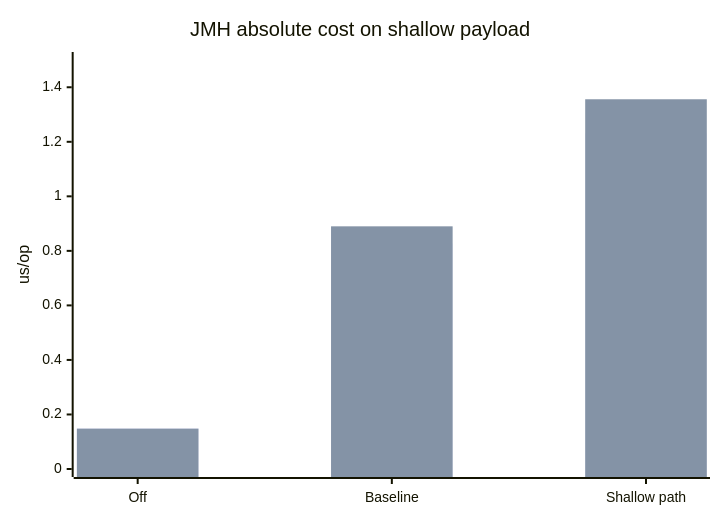
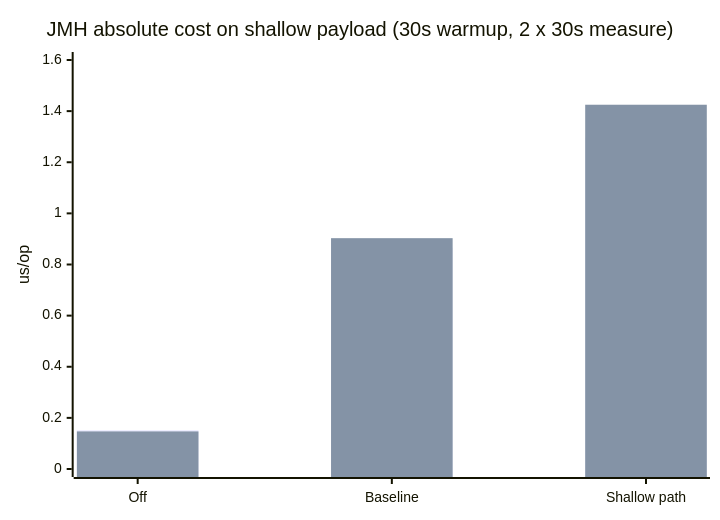
Before and after one commit to hectorad/bean-validation: the second of 3 diagrams in complete/docs/extensions-validator-benchmark-report.md, drawn with Mermaid. The commit also changed other lines of this file and 4 other files, not shown here.

````diff
--- a/complete/docs/extensions-validator-benchmark-report.md
+++ b/complete/docs/extensions-validator-benchmark-report.md
@@ -44,8 +50,8 @@
 ```mermaid
 xychart-beta
-    title "JMH absolute cost on shallow payload"
+    title "JMH absolute cost on shallow payload (30s warmup, 2 x 30s measure)"
     x-axis ["Off","Baseline","Shallow path"]
-    y-axis "us/op" 0 --> 1.5
-    bar "Map" [0.149, 0.827, 1.232]
-    bar "Raw JSON" [0.148, 0.890, 1.356]
+    y-axis "us/op" 0 --> 1.6
+    bar "Map" [0.152, 0.866, 1.297]
+    bar "Raw JSON" [0.147, 0.903, 1.425]
 ```
````
